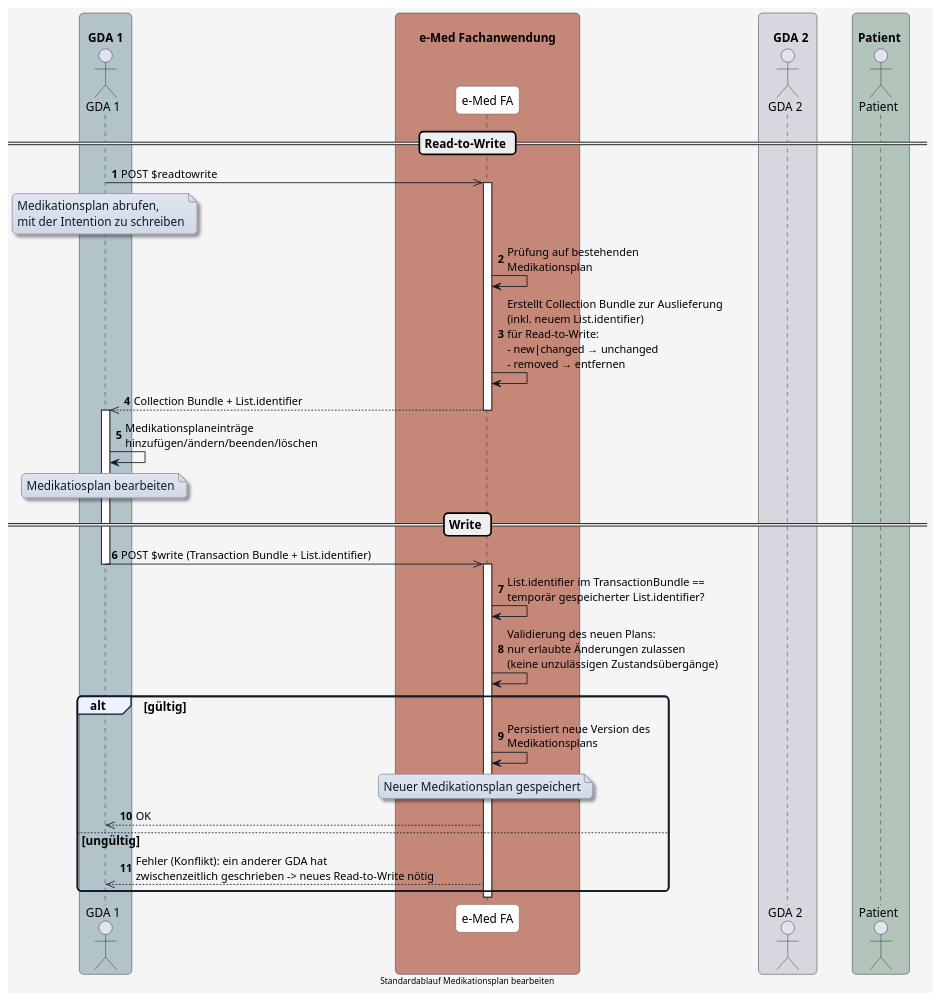
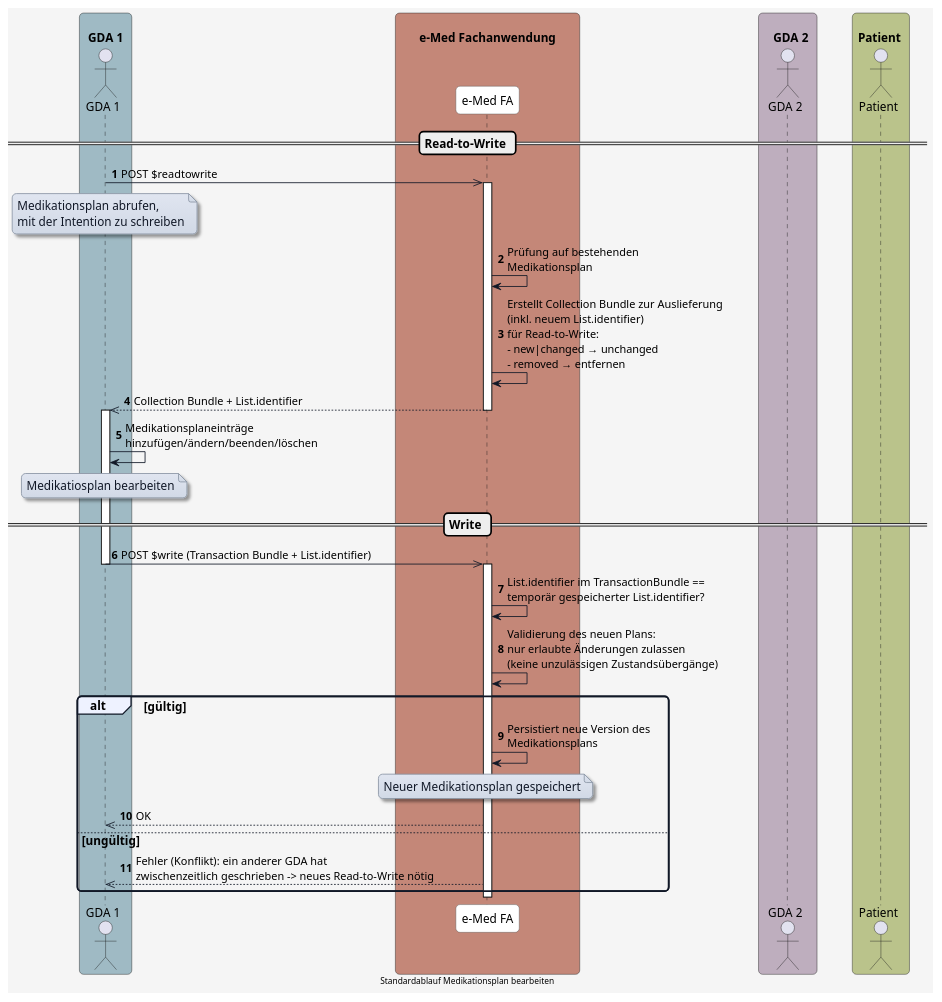
Before and after one commit to HL7Austria/ELGA-e-Medikation-R4: the diagram in input/images-source/UC_0X_Standardablauf.plantuml, drawn with PlantUML. The commit also changed 13 other files, not shown here.

```diff
--- a/input/images-source/UC_0X_Standardablauf.plantuml
+++ b/input/images-source/UC_0X_Standardablauf.plantuml
@@ -1,108 +1,108 @@
 @startuml
 skinparam borderColor #000000
 skinparam backgroundColor #f5f5f5
 skinparam shadowing false
 skinparam roundCorner 10
 skinparam defaultFontName "Arial"
 skinparam defaultFontSize 14
 skinparam defaultFontColor #000000
 
 skinparam note {
   BackgroundColor #e0e5f0-#d1d9e6
   BorderColor #8b95a5
   BorderThickness 1
   RoundCorner 8
   Padding 6
   FontColor #111827
   Shadowing true
 }
 
 skinparam HyperlinkColor #0000EE
 skinparam HyperlinkUnderline false
 
 skinparam sequence {
   ParticipantBorderColor #555555
   ParticipantBackgroundColor #ffffff
   ParticipantFontColor #000000
   ParticipantFontSize 14
   ParticipantPadding 20
   ArrowColor #111827
   ArrowThickness 1
   ArrowFontColor #000000
   ArrowFontSize 13
   GroupBorderColor #111827
   GroupBackgroundColor #eef2ff
   GroupBorderThickness 2
 }
 
 skinparam BoxPadding 20
 skinparam BoxBorderColor #555555
 
-box "\n  GDA 1  " #b2c3c9
+box "\n  GDA 1  " #9fbac4
   actor GDA_1 as "GDA 1"
 end box
 
 box "\n       e-Med Fachanwendung       " #C48778
   participant eMed_FA as "e-Med FA"
 end box
 
-box "\n    GDA 2  " #D8D7E0
+box "\n    GDA 2  " #beaebe
   actor GDA_2 as "GDA 2"
 end box
 
-box "\n Patient  " #b3c4ba
+box "\n Patient  " #bac38b
   actor Patient as "Patient"
 end box
 
 
 autonumber
 
  
 == Read-to-Write ==
 
 GDA_1 ->> eMed_FA: POST $readtowrite
 note over GDA_1
 Medikationsplan abrufen, 
 mit der Intention zu schreiben
 end note
 
 activate eMed_FA
 eMed_FA -> eMed_FA: Prüfung auf bestehenden\nMedikationsplan
 eMed_FA -> eMed_FA: Erstellt Collection Bundle zur Auslieferung\n(inkl. neuem List.identifier)\nfür Read-to-Write:\n- new|changed → unchanged\n- removed → entfernen
 
 eMed_FA -->> GDA_1: Collection Bundle + List.identifier
 deactivate eMed_FA
 
 activate GDA_1
 GDA_1 -> GDA_1: Medikationsplaneinträge\nhinzufügen/ändern/beenden/löschen
 
 note over GDA_1
 Medikatiosplan bearbeiten
 end note
 
 == Write ==
 
 GDA_1 ->> eMed_FA: POST $write (Transaction Bundle + List.identifier)
 deactivate GDA_1
 
 
 activate eMed_FA
 eMed_FA -> eMed_FA: List.identifier im TransactionBundle ==\ntemporär gespeicherter List.identifier?
 eMed_FA -> eMed_FA: Validierung des neuen Plans:\nnur erlaubte Änderungen zulassen\n(keine unzulässigen Zustandsübergänge)
 
 alt gültig
   eMed_FA -> eMed_FA: Persistiert neue Version des\nMedikationsplans
 
   note over eMed_FA
   Neuer Medikationsplan gespeichert
   end note
 
   eMed_FA -->> GDA_1: OK
 else ungültig
   eMed_FA -->> GDA_1: Fehler (Konflikt): ein anderer GDA hat\nzwischenzeitlich geschrieben -> neues Read-to-Write nötig
 end
 deactivate eMed_FA
 
 center footer Standardablauf Medikationsplan bearbeiten
 
 @enduml
```
